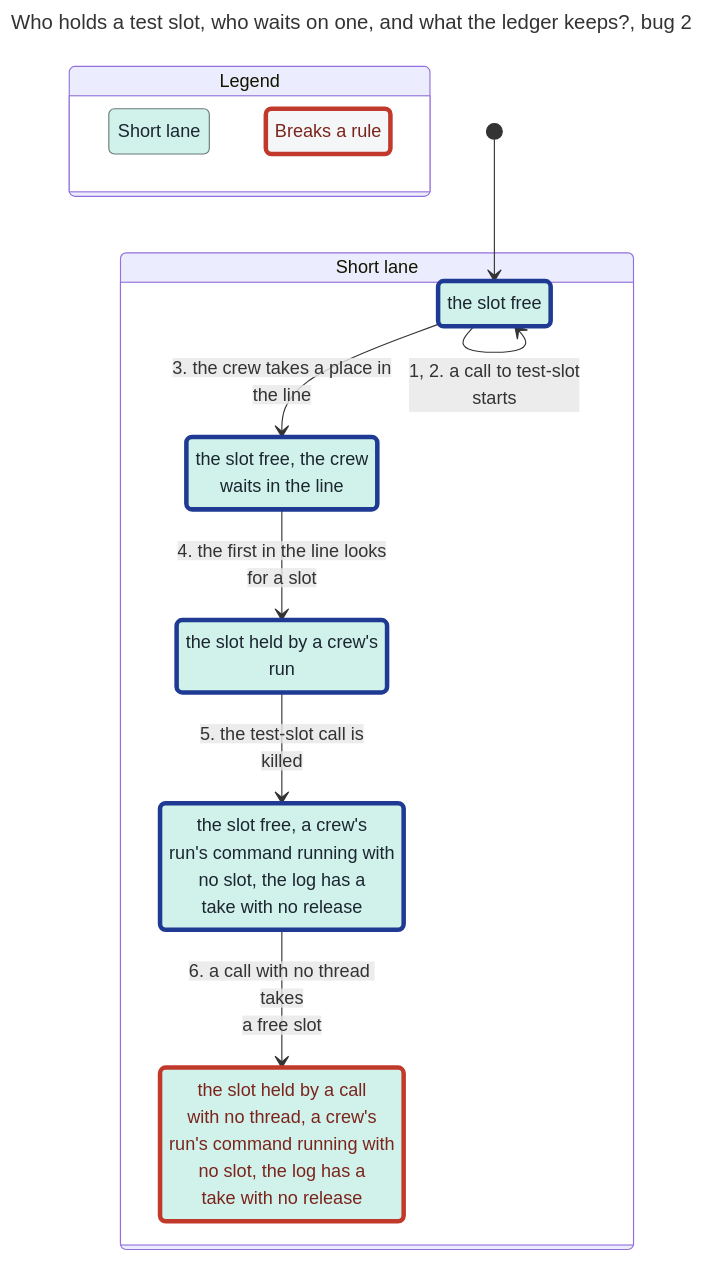
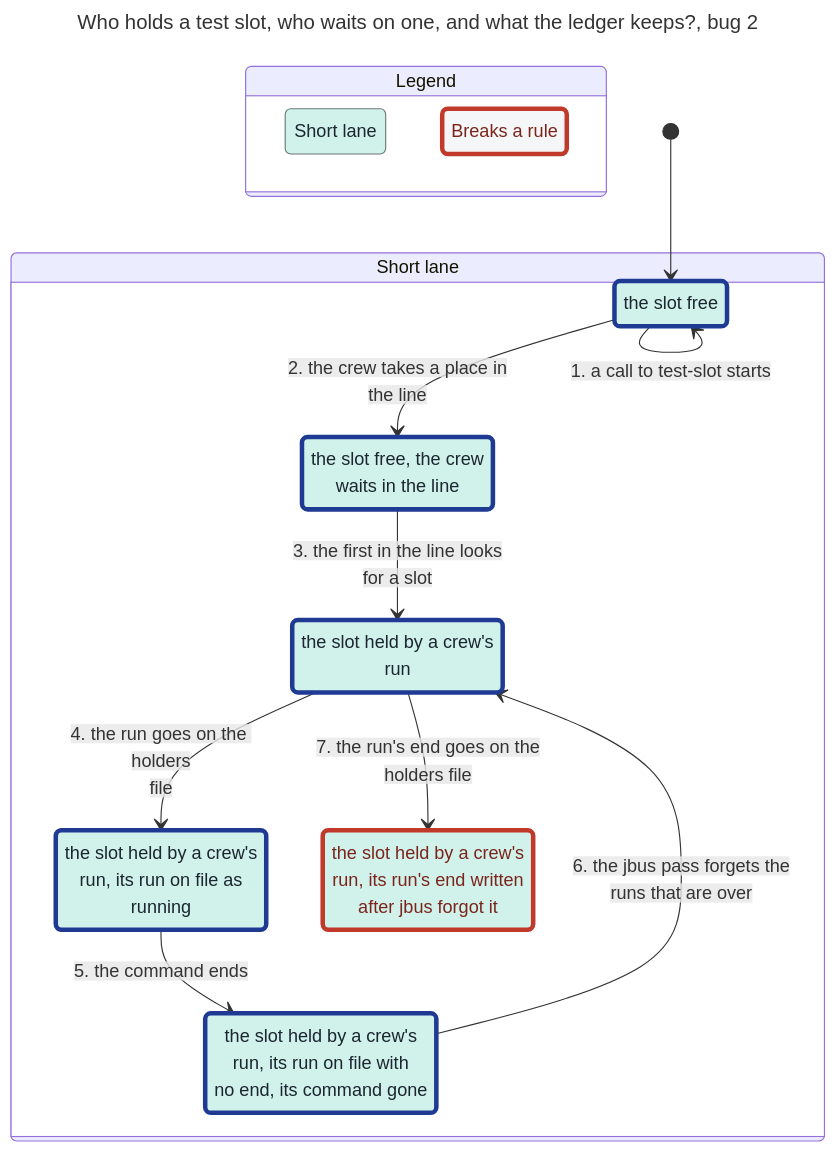
Before and after one commit to JoshuaHayesWasHere/jstack: the diagram in features/jgauge/spec/TestSlot-statechart/bug-2.mmd, drawn with Mermaid. The commit also changed 17 other files, not shown here.

First line of the commit message:
fix(jgauge): a test-slot killed with SIGKILL takes its command with it, and TestSlot.tla's today holds OneCommandPerSlot

```diff
--- a/features/jgauge/spec/TestSlot-statechart/bug-2.mmd
+++ b/features/jgauge/spec/TestSlot-statechart/bug-2.mmd
@@ -1,36 +1,40 @@
 ---
 title: "Who holds a test slot, who waits on one, and what the ledger keeps?, bug 2"
 config:
   markdownAutoWrap: false
   state:
     useMaxWidth: false
 ---
 stateDiagram-v2
   classDef plainWrong fill:#f4f6f7,stroke:#c0392b,stroke-width:4px,color:#7b241c
   classDef group1 fill:#d1f2eb,stroke:#697976,color:#1b2631
   classDef group1Wrong fill:#d1f2eb,stroke:#c0392b,stroke-width:4px,color:#7b241c
   classDef group1Path fill:#d1f2eb,stroke:#1f3a93,stroke-width:4px,color:#1b2631
   state "Legend" as legend {
     state "Short lane" as legendGroup1
     state "Breaks a rule" as legendWrong
   }
   class legendGroup1 group1
   class legendWrong plainWrong
   state "Short lane" as g0 {
     state "the slot free" as s0
-    state "the slot free, a crew's<br/>run's command running with<br/>no slot, the log has a<br/>take with no release" as s1
-    state "the slot free, the crew<br/>waits in the line" as s2
-    state "the slot held by a call<br/>with no thread, a crew's<br/>run's command running with<br/>no slot, the log has a<br/>take with no release" as s3
-    state "the slot held by a crew's<br/>run" as s4
+    state "the slot free, the crew<br/>waits in the line" as s1
+    state "the slot held by a crew's<br/>run" as s2
+    state "the slot held by a crew's<br/>run, its run on file as<br/>running" as s3
+    state "the slot held by a crew's<br/>run, its run on file with<br/>no end, its command gone" as s4
+    state "the slot held by a crew's<br/>run, its run's end written<br/>after jbus forgot it" as s5
   }
   [*] --> s0
-  s0 --> s2 : 3. the crew takes a place in<br/>the line
-  s2 --> s4 : 4. the first in the line looks<br/>for a slot
-  s4 --> s1 : 5. the test-slot call is<br/>killed
-  s1 --> s3 : 6. a call with no thread takes<br/>a free slot
-  s0 --> s0 : 1, 2. a call to test-slot<br/>starts
+  s0 --> s1 : 2. the crew takes a place in<br/>the line
+  s1 --> s2 : 3. the first in the line looks<br/>for a slot
+  s2 --> s3 : 4. the run goes on the holders<br/>file
+  s3 --> s4 : 5. the command ends
+  s4 --> s2 : 6. the jbus pass forgets the<br/>runs that are over
+  s2 --> s5 : 7. the run's end goes on the<br/>holders file
+  s0 --> s0 : 1. a call to test-slot starts
   class s0 group1Path
   class s1 group1Path
   class s2 group1Path
-  class s3 group1Wrong
+  class s3 group1Path
   class s4 group1Path
+  class s5 group1Wrong
```
